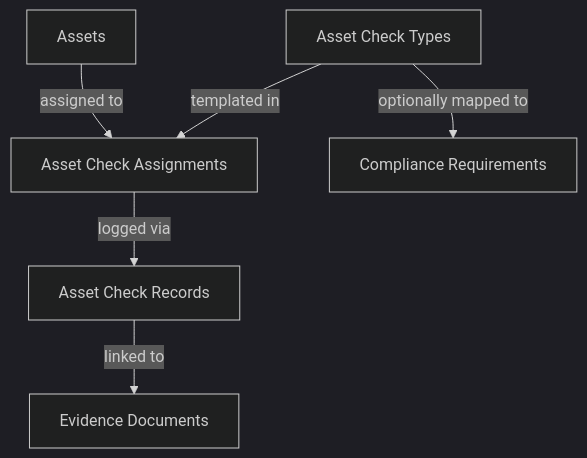
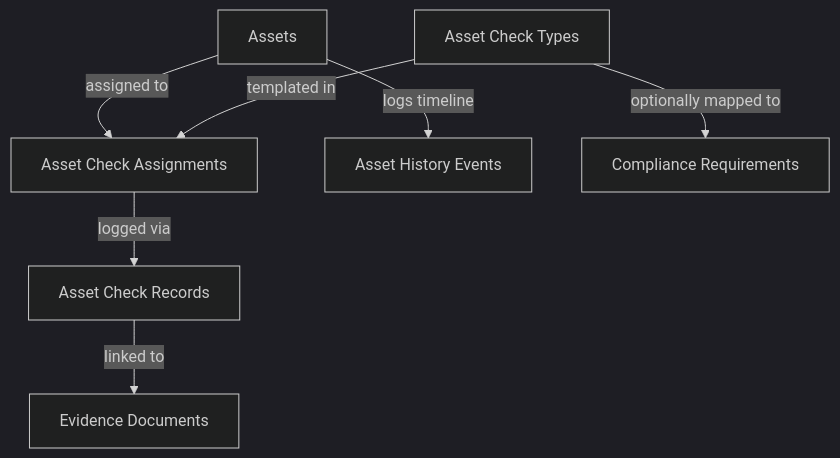
One commit to 3339gt-ux/Vigilent changed the diagram in docs/ASSET_MATRIX_SYSTEM.md. Above: the diagram before and after it, drawn with Mermaid (dark theme). The commit also changed other lines of this file and 5 other files, not shown here.

````diff
--- a/docs/ASSET_MATRIX_SYSTEM.md
+++ b/docs/ASSET_MATRIX_SYSTEM.md
@@ -11,8 +11,9 @@
 ```mermaid
 graph TD
     A[Assets] -->|assigned to| B[Asset Check Assignments]
     C[Asset Check Types] -->|templated in| B
     B -->|logged via| D[Asset Check Records]
     D -->|linked to| E[Evidence Documents]
+    A -->|logs timeline| G[Asset History Events]
     C -->|optionally mapped to| F[Compliance Requirements]
 ```
````
